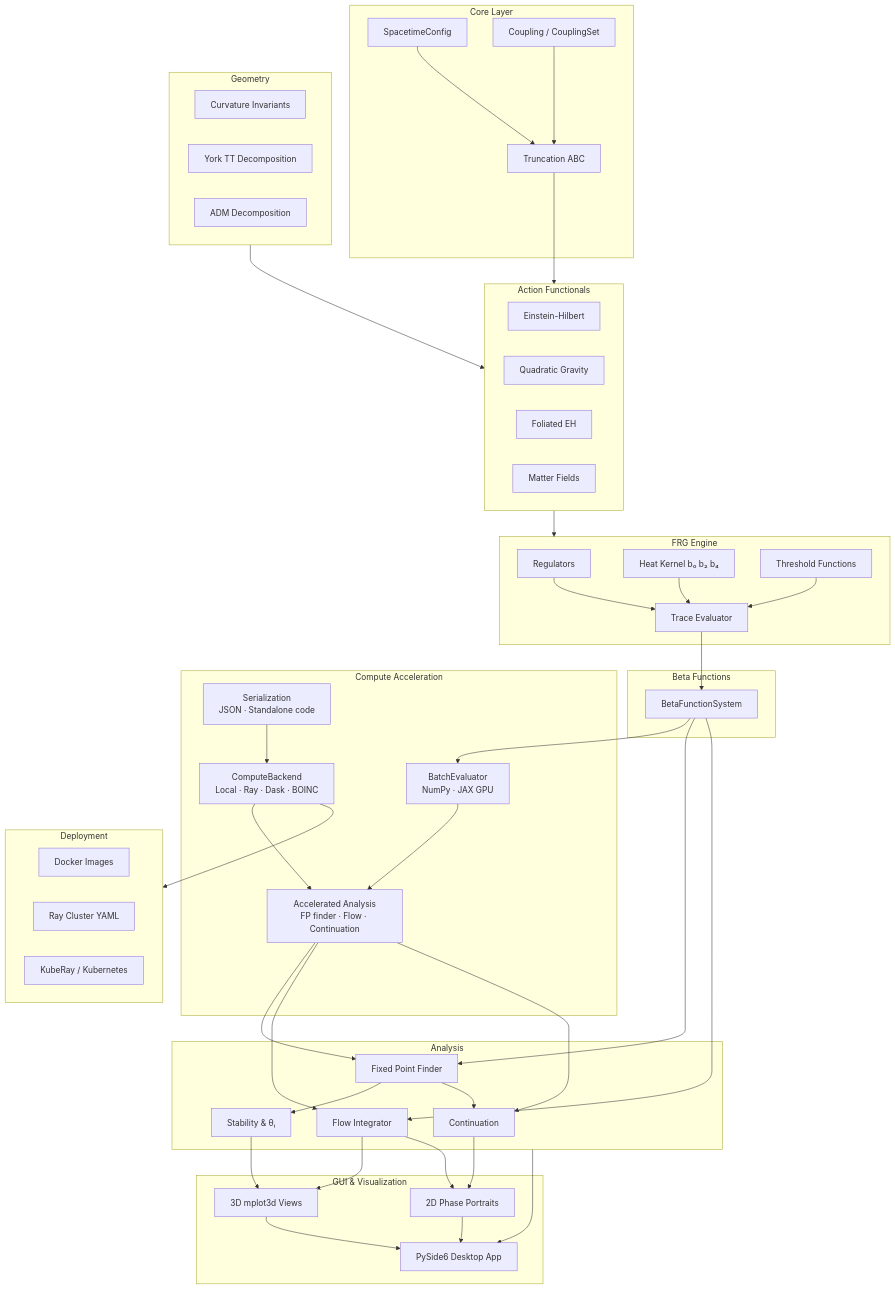
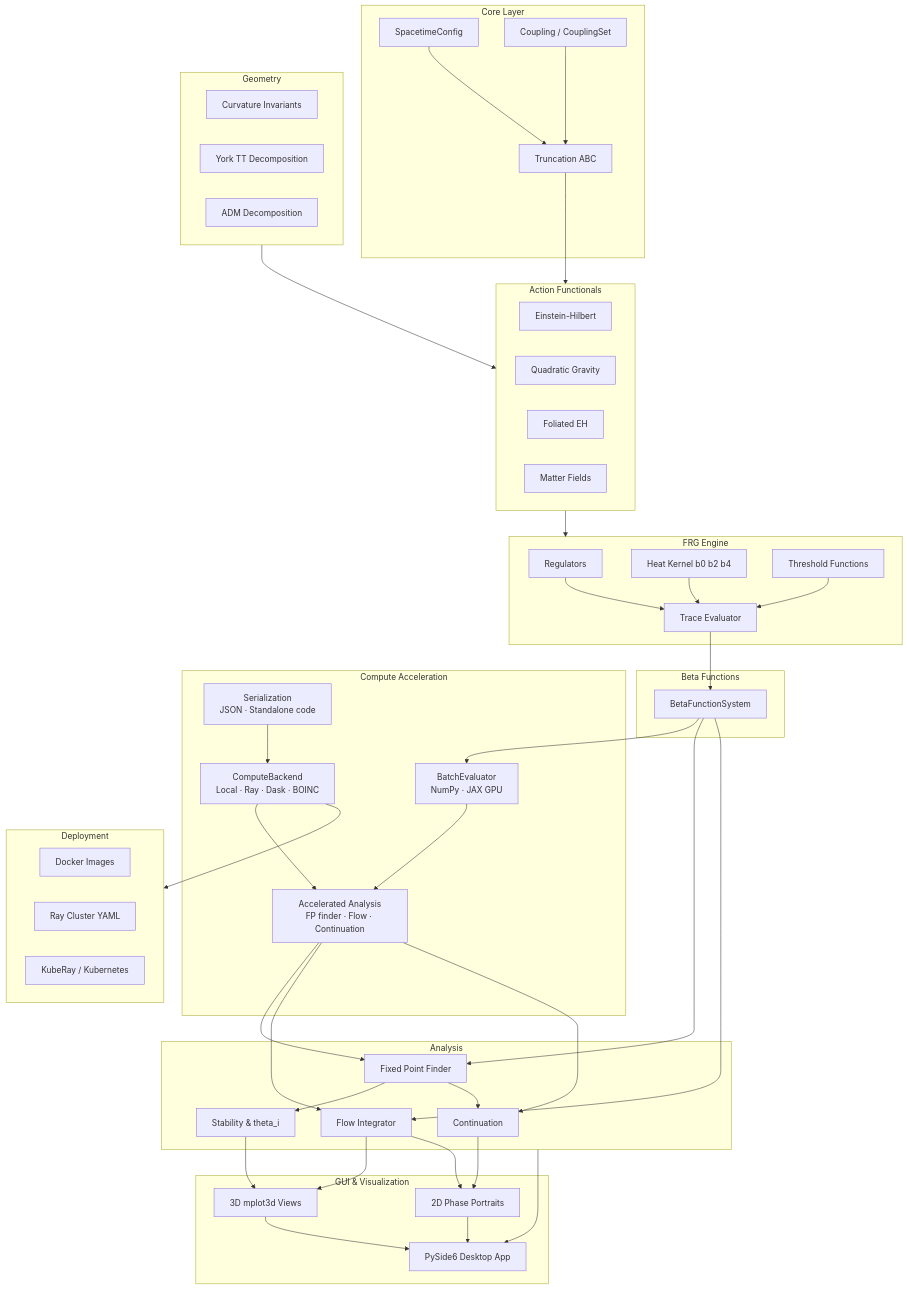
One commit to sonoransun/exasymptoticsafety changed the second of 3 diagrams in README.md. Above: the diagram before and after it, drawn with Mermaid. The commit also changed other lines of this file, not shown here.

```diff
--- a/README.md
+++ b/README.md
@@ -118,7 +118,7 @@
 
     subgraph FRG["FRG Engine"]
         REG[Regulators]
-        HK[Heat Kernel b₀ b₂ b₄]
+        HK[Heat Kernel b0 b2 b4]
         TRACE[Trace Evaluator]
         TH[Threshold Functions]
     end
@@ -136,7 +136,7 @@
 
     subgraph Analysis["Analysis"]
         FP[Fixed Point Finder]
-        STAB[Stability & θᵢ]
+        STAB[Stability & theta_i]
         FLOW[Flow Integrator]
         CONT[Continuation]
     end
```
